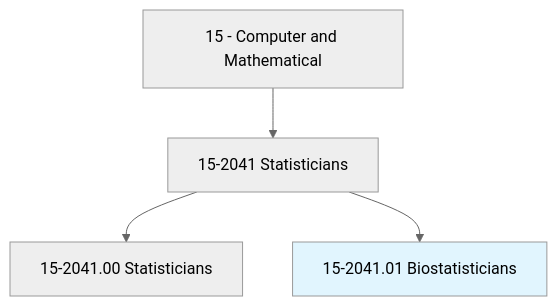
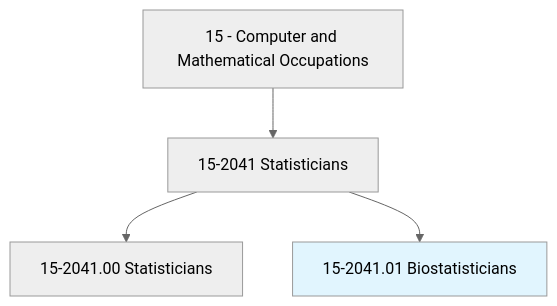
The first of 4 diagrams in occupations/Technology/Biostatisticians.mdx (kziemski/business.org.ai), drawn with Mermaid (neutral theme) before and after one commit. The commit also changed other lines of this file and 938 other files, not shown here.

````diff
--- a/occupations/Technology/Biostatisticians.mdx
+++ b/occupations/Technology/Biostatisticians.mdx
@@ -19,7 +23,7 @@
 ```mermaid
 graph TD
-    Cat15["15 - Computer and Mathematical"] --> Group152041["15-2041 Statisticians"]
+    Cat15["15 - Computer and Mathematical Occupations"] --> Group152041["15-2041 Statisticians"]
     Group152041 --> Base["15-2041.00 Statisticians"]
     Group152041 --> Current["15-2041.01 Biostatisticians"]
     style Current fill:#e1f5fe
 ```
````
